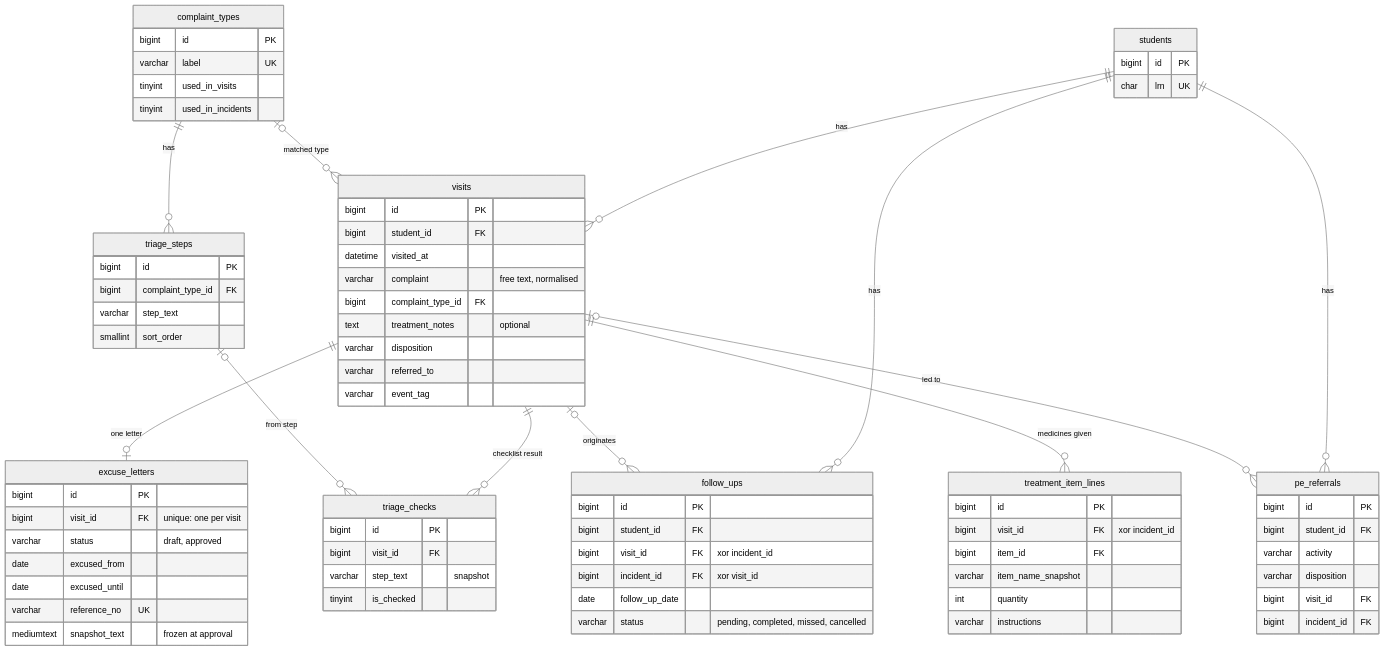
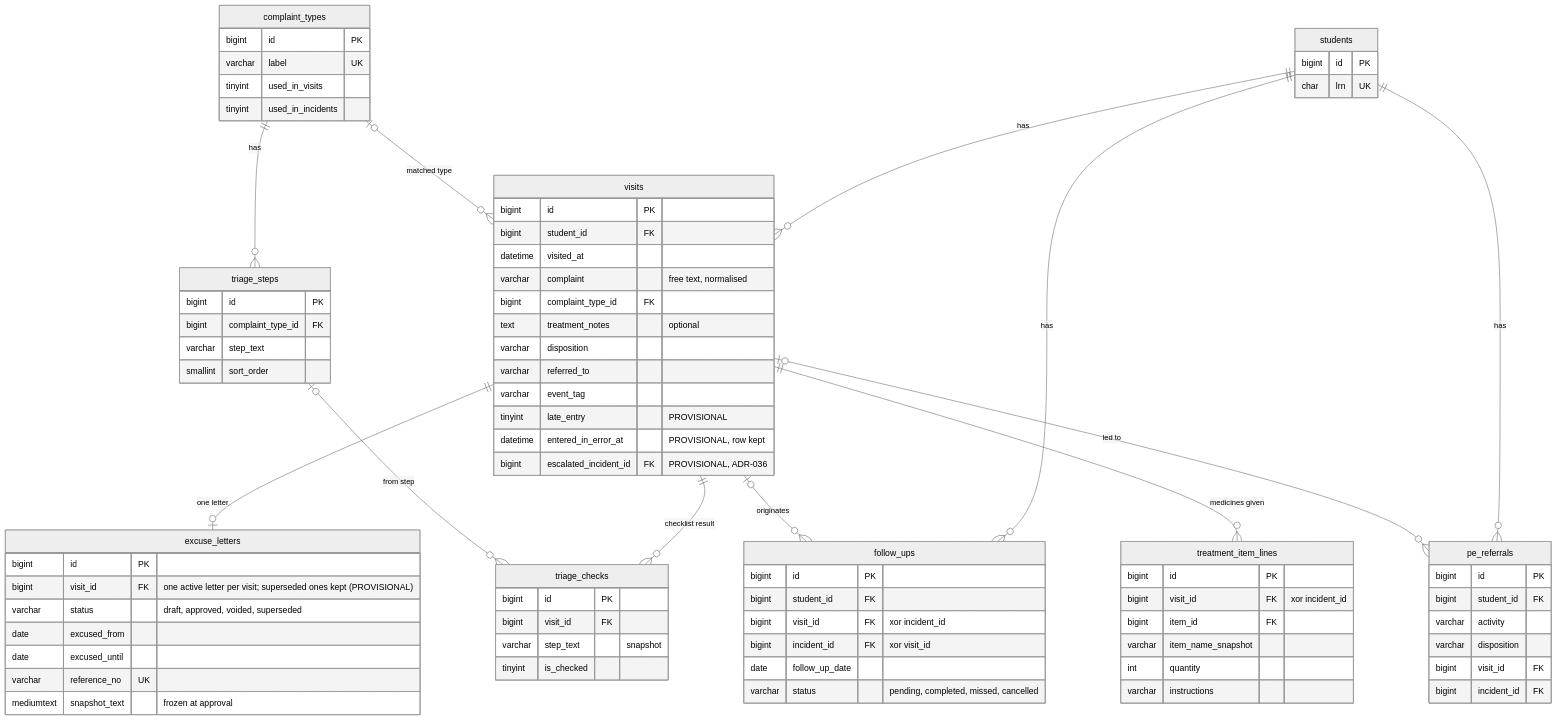
Before and after one commit to zekuuu/cliniq: the third of 6 diagrams in CLINIQ-Knowledge-Base/02-Architecture/Database/ERD.md, drawn with Mermaid (neutral theme). The commit also changed other lines of this file and 22 other files, not shown here.

```diff
--- a/CLINIQ-Knowledge-Base/02-Architecture/Database/ERD.md
+++ b/CLINIQ-Knowledge-Base/02-Architecture/Database/ERD.md
@@ -240,11 +240,14 @@
         varchar disposition
         varchar referred_to
         varchar event_tag
+        tinyint late_entry "PROVISIONAL"
+        datetime entered_in_error_at "PROVISIONAL, row kept"
+        bigint escalated_incident_id FK "PROVISIONAL, ADR-036"
     }
     excuse_letters {
         bigint id PK
-        bigint visit_id FK "unique: one per visit"
-        varchar status "draft, approved"
+        bigint visit_id FK "one active letter per visit; superseded ones kept (PROVISIONAL)"
+        varchar status "draft, approved, voided, superseded"
         date excused_from
         date excused_until
         varchar reference_no UK
```
